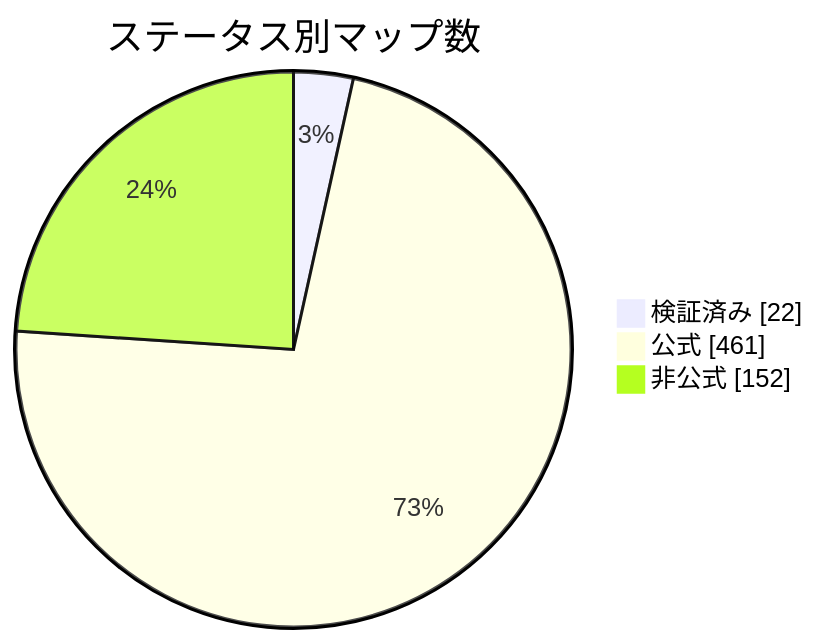
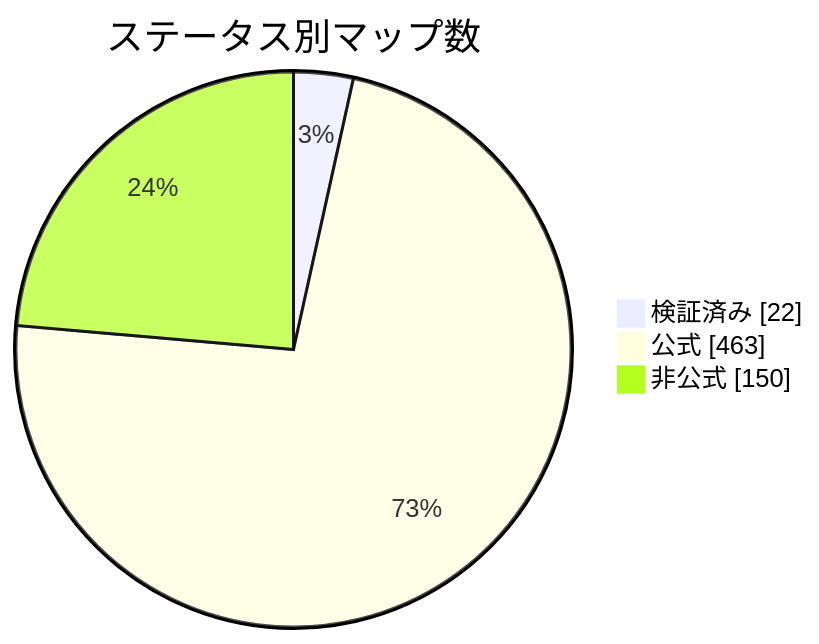
The diagram in docs/readme/README_JP.md (nobrega8/mbmap-library), drawn with Mermaid before and after one commit. The commit also changed 7 other files, not shown here.

````diff
--- a/docs/readme/README_JP.md
+++ b/docs/readme/README_JP.md
@@ -54,7 +54,7 @@
 ```mermaid
 pie showData
     title ステータス別マップ数
     "検証済み" : 22
-    "公式" : 461
-    "非公式" : 152
+    "公式" : 463
+    "非公式" : 150
 ```
````
